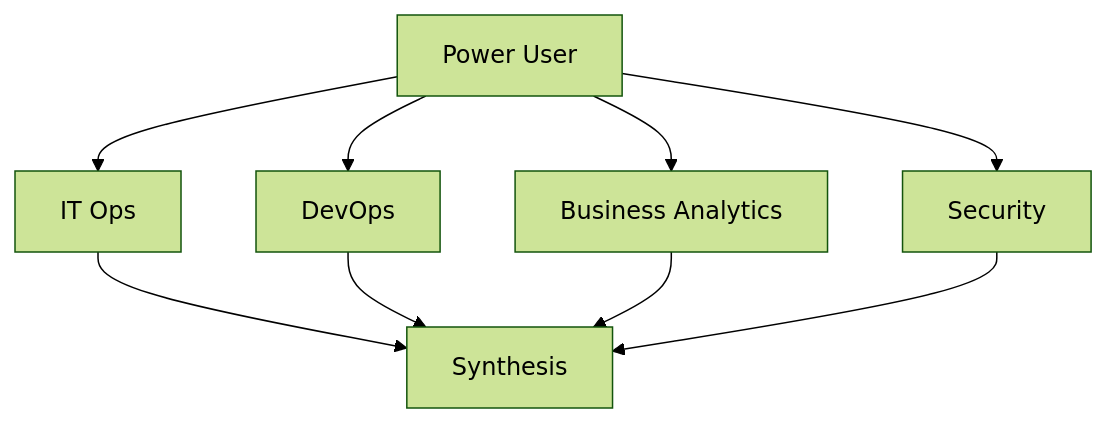
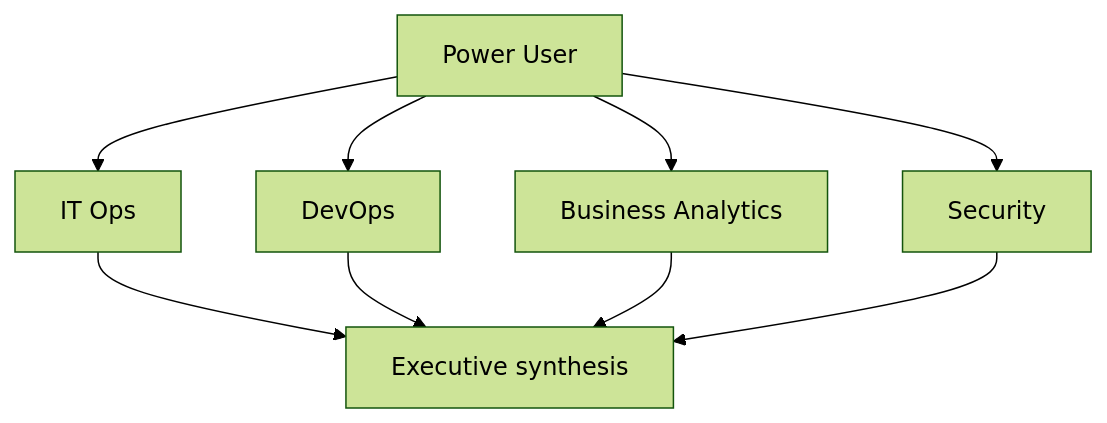
Before and after one commit to dd-Splunk/splunk-mcp: the fourth of 4 diagrams in demo-slides/s4r-demo-slides.md, drawn with Mermaid (forest theme). The commit also changed other lines of this file and 3 other files, not shown here.

```diff
--- a/demo-slides/s4r-demo-slides.md
+++ b/demo-slides/s4r-demo-slides.md
@@ -242,17 +372,17 @@
 <pre class="mermaid">
 flowchart TB
   P1["Power User"]
   T1["IT Ops"]
   T2["DevOps"]
   T3["Business Analytics"]
   T4["Security"]
-  SYN1["Synthesis"]
+  SYN1["Executive synthesis"]
   P1 --> T1
   P1 --> T2
   P1 --> T3
   P1 --> T4
   T1 --> SYN1
   T2 --> SYN1
   T3 --> SYN1
   T4 --> SYN1
 </pre>
```
